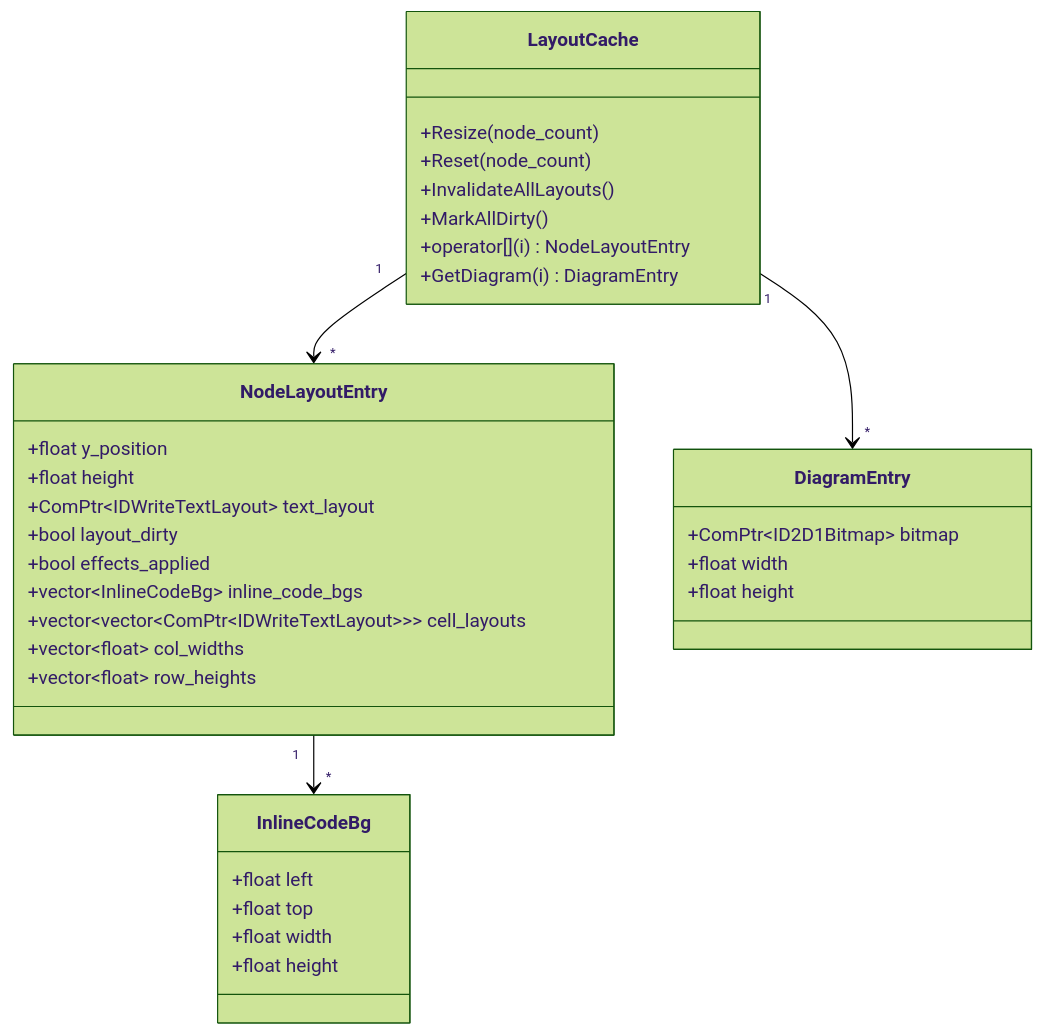
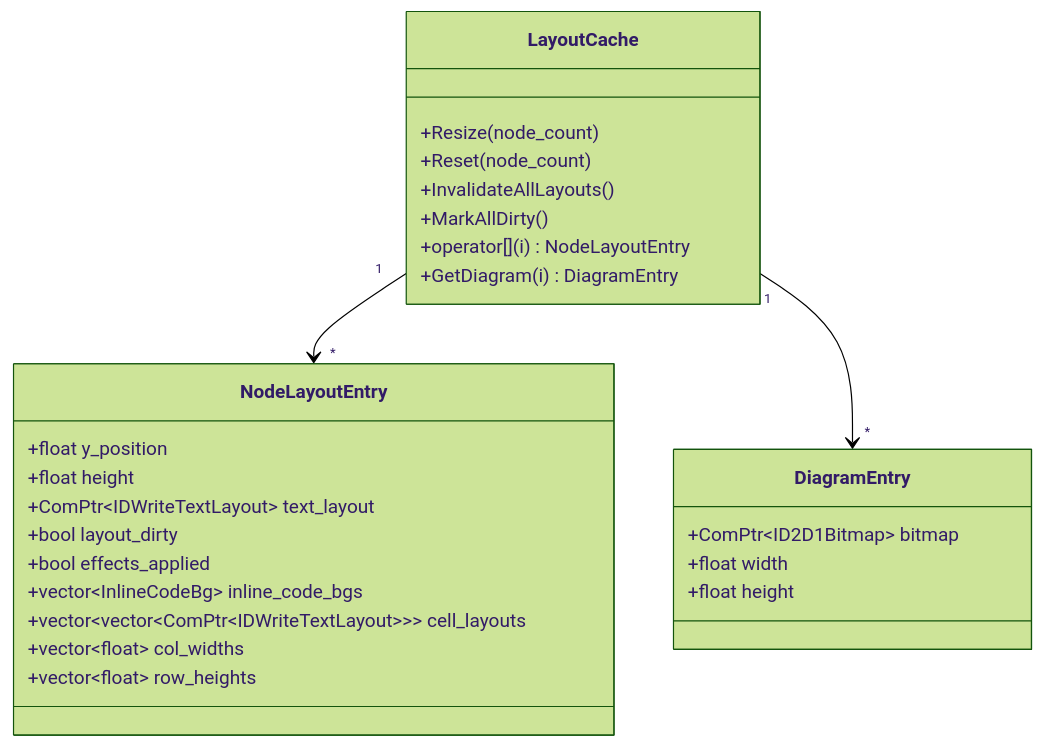
Before and after one commit to tanaton/mendo: diagram 16 of 27 in example/test.md, drawn with Mermaid (forest theme). The commit also changed other lines of this file, not shown here.

````diff
--- a/example/test.md
+++ b/example/test.md
@@ -2163,40 +2145,32 @@
 ```mermaid
 classDiagram
     class LayoutCache {
         +Resize(node_count)
         +Reset(node_count)
         +InvalidateAllLayouts()
         +MarkAllDirty()
         +operator[](i) NodeLayoutEntry
         +GetDiagram(i) DiagramEntry
     }
 
     class NodeLayoutEntry {
         +float y_position
         +float height
         +ComPtr~IDWriteTextLayout~ text_layout
         +bool layout_dirty
         +bool effects_applied
         +vector~InlineCodeBg~ inline_code_bgs
         +vector~vector~ComPtr~IDWriteTextLayout~~~ cell_layouts
         +vector~float~ col_widths
         +vector~float~ row_heights
     }
 
     class DiagramEntry {
         +ComPtr~ID2D1Bitmap~ bitmap
         +float width
         +float height
     }
 
-    class InlineCodeBg {
-        +float left
-        +float top
-        +float width
-        +float height
-    }
-
     LayoutCache "1" --> "*" NodeLayoutEntry
     LayoutCache "1" --> "*" DiagramEntry
-    NodeLayoutEntry "1" --> "*" InlineCodeBg
 ```
````
